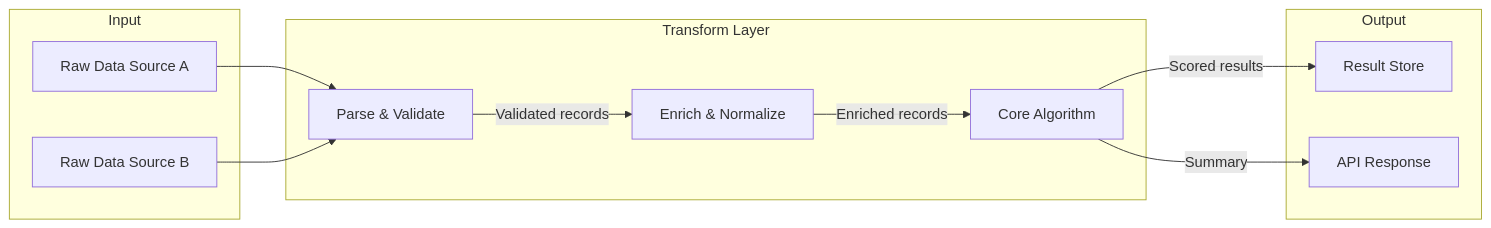
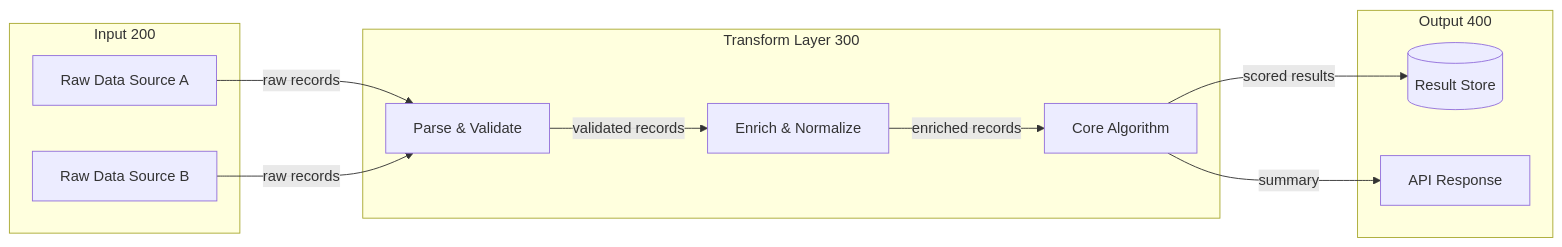
Before and after one commit to trilogy-group/cc-skill-patent-disclosure: the sixth of 7 diagrams in skills/patent-disclosure/prompts/diagram-guidelines.md, drawn with Mermaid. The commit also changed other lines of this file and 13 other files, not shown here.

````diff
--- a/skills/patent-disclosure/prompts/diagram-guidelines.md
+++ b/skills/patent-disclosure/prompts/diagram-guidelines.md
@@ -114,25 +141,25 @@
 ```mermaid
 flowchart LR
-    subgraph Input
-        A[Raw Data Source A]
-        B[Raw Data Source B]
+    subgraph "Input 200"
+        A["Raw Data Source A"]
+        B["Raw Data Source B"]
     end
 
-    subgraph "Transform Layer"
-        C[Parse & Validate]
-        D[Enrich & Normalize]
-        E[Core Algorithm]
+    subgraph "Transform Layer 300"
+        C["Parse & Validate"]
+        D["Enrich & Normalize"]
+        E["Core Algorithm"]
     end
 
-    subgraph Output
-        F[Result Store]
-        G[API Response]
+    subgraph "Output 400"
+        F[("Result Store")]
+        G["API Response"]
     end
 
-    A --> C
-    B --> C
-    C -->|"Validated records"| D
-    D -->|"Enriched records"| E
-    E -->|"Scored results"| F
-    E -->|"Summary"| G
+    A -->|"raw records"| C
+    B -->|"raw records"| C
+    C -->|"validated records"| D
+    D -->|"enriched records"| E
+    E -->|"scored results"| F
+    E -->|"summary"| G
 ```
````
